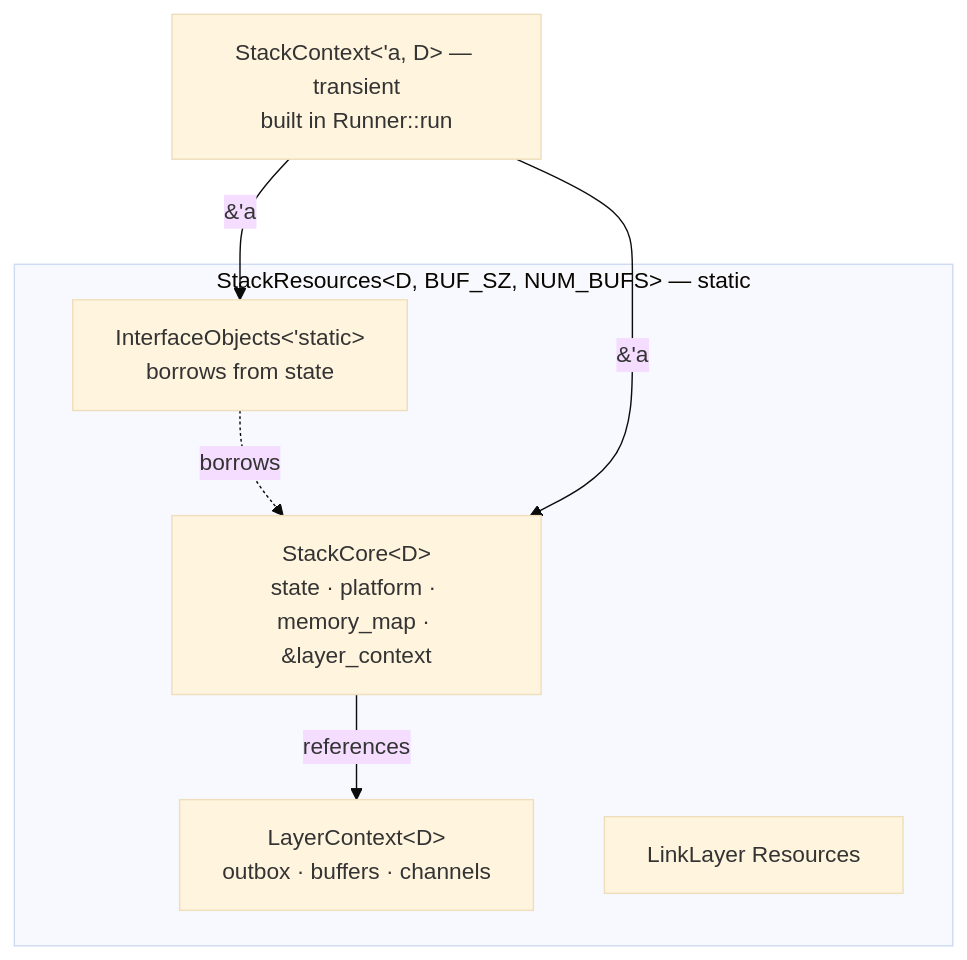
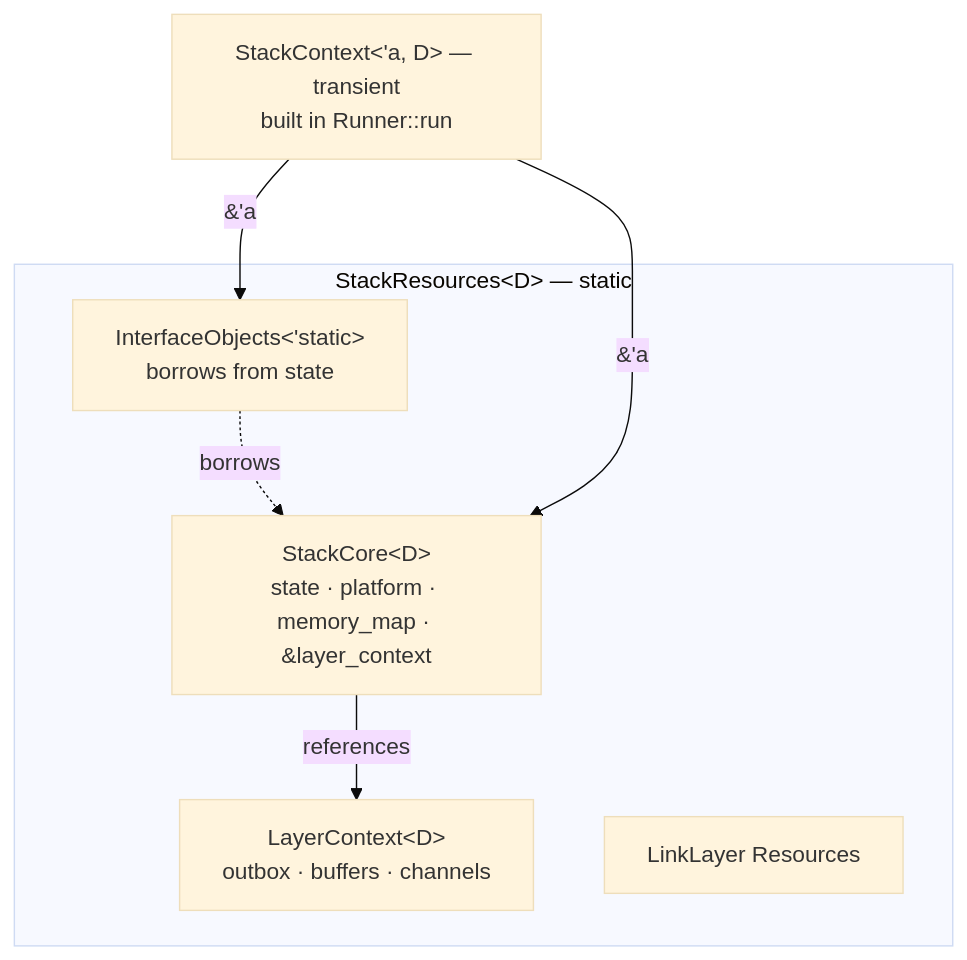
The first of 3 diagrams in docs/STACK_ARCHITECTURE.md (ntrnnr/zweidraehte), drawn with Mermaid (base theme) before and after one commit. The commit also changed other lines of this file and 38 other files, not shown here.

````diff
--- a/docs/STACK_ARCHITECTURE.md
+++ b/docs/STACK_ARCHITECTURE.md
@@ -182,14 +197,14 @@
 ```mermaid
 graph TB
-  subgraph StackResources["StackResources&lt;D, BUF_SZ, NUM_BUFS&gt; — static"]
+  subgraph StackResources["StackResources&lt;D&gt; — static"]
     StackCore["StackCore&lt;D&gt;<br/>state · platform · memory_map · &amp;layer_context"]
     LC["LayerContext&lt;D&gt;<br/>outbox · buffers · channels"]
     IO["InterfaceObjects&lt;'static&gt;<br/>borrows from state"]
     LLR["LinkLayer Resources"]
   end
   StackCore -->|references| LC
   IO -.->|borrows| StackCore
   SC["StackContext&lt;'a, D&gt; — transient<br/>built in Runner::run"]
   SC -->|&amp;'a| StackCore
   SC -->|&amp;'a| IO
 ```
````
